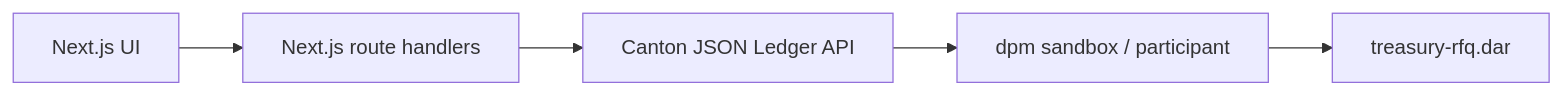
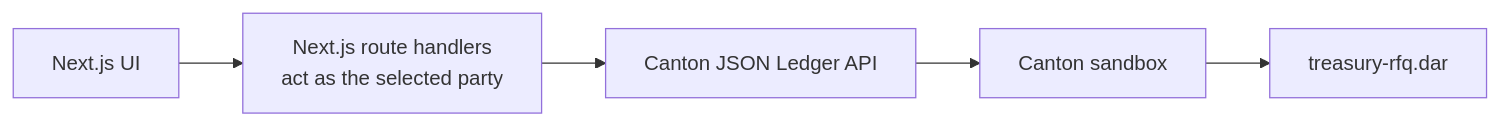
One commit to spyderboy92/hackcanton-season-3-treasury-sell changed the first of 3 diagrams in README.md. Above: the diagram before and after it, drawn with Mermaid. The commit also changed other lines of this file and 3 other files, not shown here.

````diff
--- a/README.md
+++ b/README.md
@@ -31,7 +50,4 @@
 ```mermaid
 flowchart LR
-  UI["Next.js UI"] --> API["Next.js route handlers"]
-  API --> JSON["Canton JSON Ledger API"]
-  JSON --> Sandbox["dpm sandbox / participant"]
-  Sandbox --> DAR["treasury-rfq.dar"]
+  UI["Next.js UI"] --> API["Next.js route handlers<br/>act as the selected party"] --> JSON["Canton JSON Ledger API"] --> SBX["Canton sandbox"] --> DAR["treasury-rfq.dar"]
 ```
````
